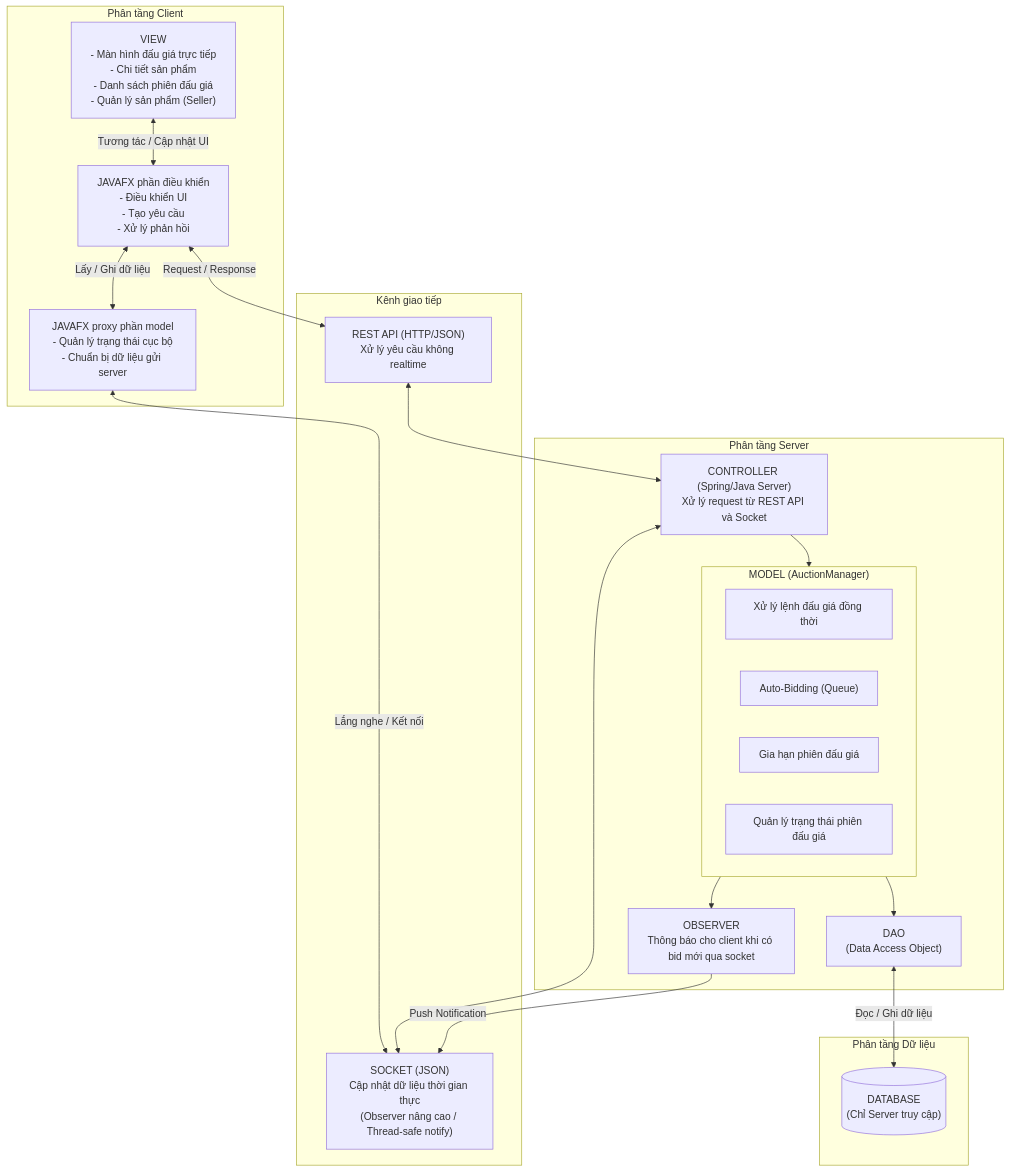
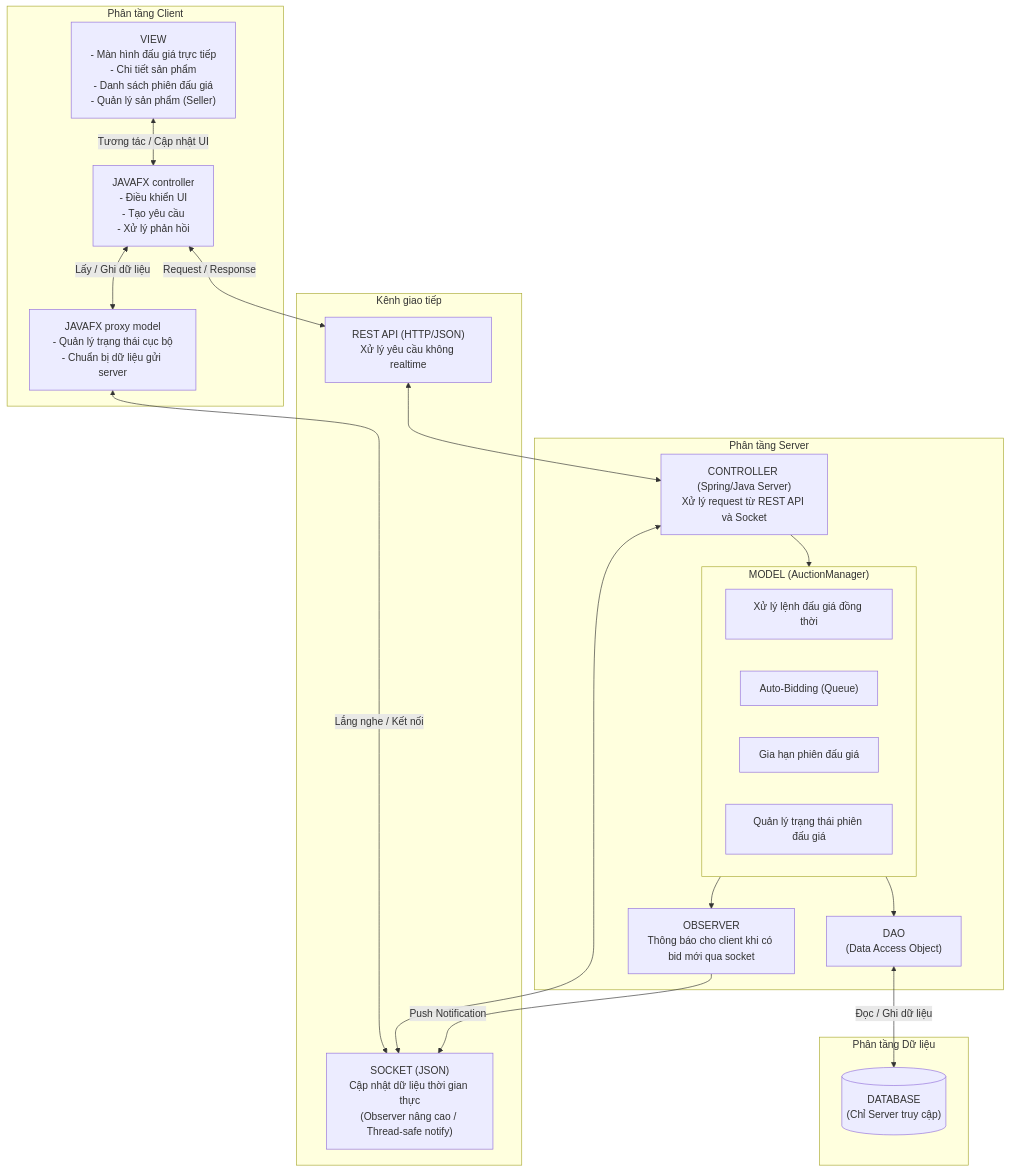
Before and after one commit to godfury208-sudo/test: the diagram in README.md, drawn with Mermaid.

````diff
--- a/README.md
+++ b/README.md
@@ -1,51 +1,51 @@
 ```mermaid
 graph TD
     subgraph ClientLayer [Phân tầng Client]
         View["VIEW<br>- Màn hình đấu giá trực tiếp<br>- Chi tiết sản phẩm<br>- Danh sách phiên đấu giá<br>- Quản lý sản phẩm (Seller)"]
-        ControllerFX["JAVAFX phần điều khiển<br>- Điều khiển UI<br>- Tạo yêu cầu<br>- Xử lý phản hồi"]
-        ModelFX["JAVAFX proxy phần model<br>- Quản lý trạng thái cục bộ<br>- Chuẩn bị dữ liệu gửi server"]
+        ControllerFX["JAVAFX controller<br>- Điều khiển UI<br>- Tạo yêu cầu<br>- Xử lý phản hồi"]
+        ModelFX["JAVAFX proxy model<br>- Quản lý trạng thái cục bộ<br>- Chuẩn bị dữ liệu gửi server"]
         
         View <-->|Tương tác / Cập nhật UI| ControllerFX
         ControllerFX <-->|Lấy / Ghi dữ liệu| ModelFX
     end
 
     subgraph Network [Kênh giao tiếp]
         REST["REST API (HTTP/JSON)<br>Xử lý yêu cầu không realtime"]
         Socket["SOCKET (JSON)<br>Cập nhật dữ liệu thời gian thực<br>(Observer nâng cao / Thread-safe notify)"]
     end
 
     subgraph ServerLayer [Phân tầng Server]
         ControllerSrv["CONTROLLER (Spring/Java Server)<br>Xử lý request từ REST API và Socket"]
         
         subgraph ModelServer ["MODEL (AuctionManager)"]
             Logic1["Xử lý lệnh đấu giá đồng thời"]
             Logic2["Auto-Bidding (Queue)"]
             Logic3["Gia hạn phiên đấu giá"]
             Logic4["Quản lý trạng thái phiên đấu giá"]
         end
         
         ObserverSrv["OBSERVER<br>Thông báo cho client khi có bid mới qua socket"]
         DAO["DAO<br>(Data Access Object)"]
     end
 
     subgraph DataLayer [Phân tầng Dữ liệu]
         DB[("DATABASE<br>(Chỉ Server truy cập)")]
     end
 
     %% Luồng kết nối mạng
     ControllerFX <-->|Request / Response| REST
     ModelFX <-->|Lắng nghe / Kết nối| Socket
     
     REST <--> ControllerSrv
     ControllerSrv <--> Socket
     
     %% Luồng nội bộ Server
     ControllerSrv --> ModelServer
     ModelServer --> ObserverSrv
     ObserverSrv -->|Push Notification| Socket
     
     ModelServer --> DAO 
     
     %% Luồng Database an toàn
     DAO <-->|Đọc / Ghi dữ liệu| DB
 ```
````
